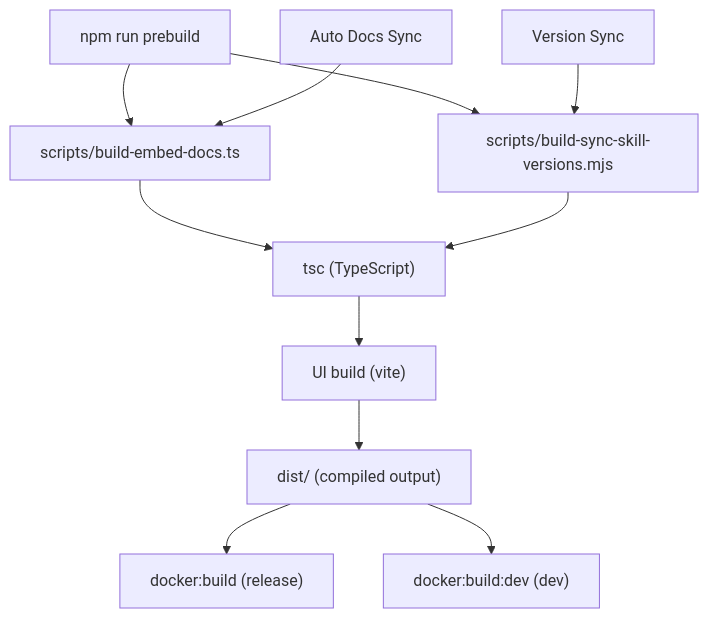
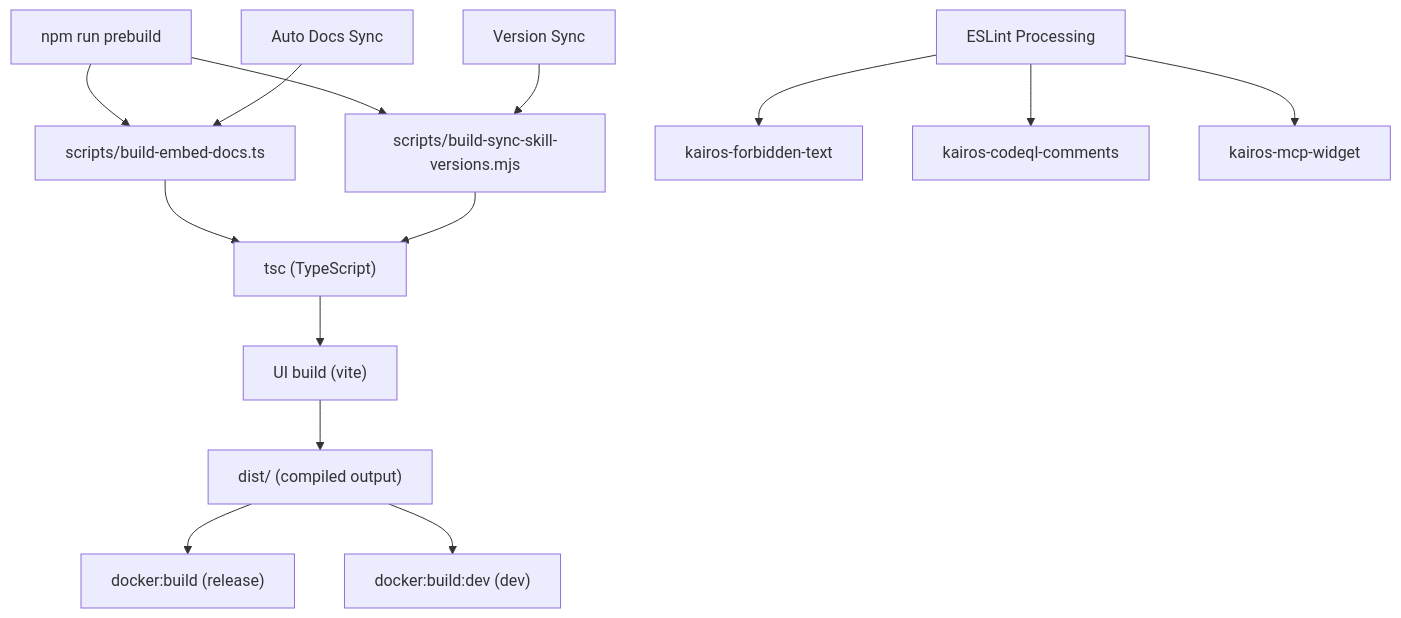
The fourth of 8 diagrams in .qoder/repowiki/en/content/Contributing & Development.md (debian777/kairos-mcp), drawn with Mermaid before and after one commit. The commit also changed other lines of this file and 3 other files, not shown here.

````diff
--- a/.qoder/repowiki/en/content/Contributing & Development.md
+++ b/.qoder/repowiki/en/content/Contributing & Development.md
@@ -178,13 +195,16 @@
 ```mermaid
 flowchart TD
 A["npm run prebuild"] --> B["scripts/build-embed-docs.ts"]
 A --> C["scripts/build-sync-skill-versions.mjs"]
 B --> D["tsc (TypeScript)"]
 C --> D
 D --> E["UI build (vite)"]
 E --> F["dist/ (compiled output)"]
 F --> G["docker:build (release)"]
 F --> H["docker:build:dev (dev)"]
 I["Auto Docs Sync"] --> B
 J["Version Sync"] --> C
+K["ESLint Processing"] --> L["kairos-forbidden-text"]
+K --> M["kairos-codeql-comments"]
+K --> N["kairos-mcp-widget"]
 ```
````
